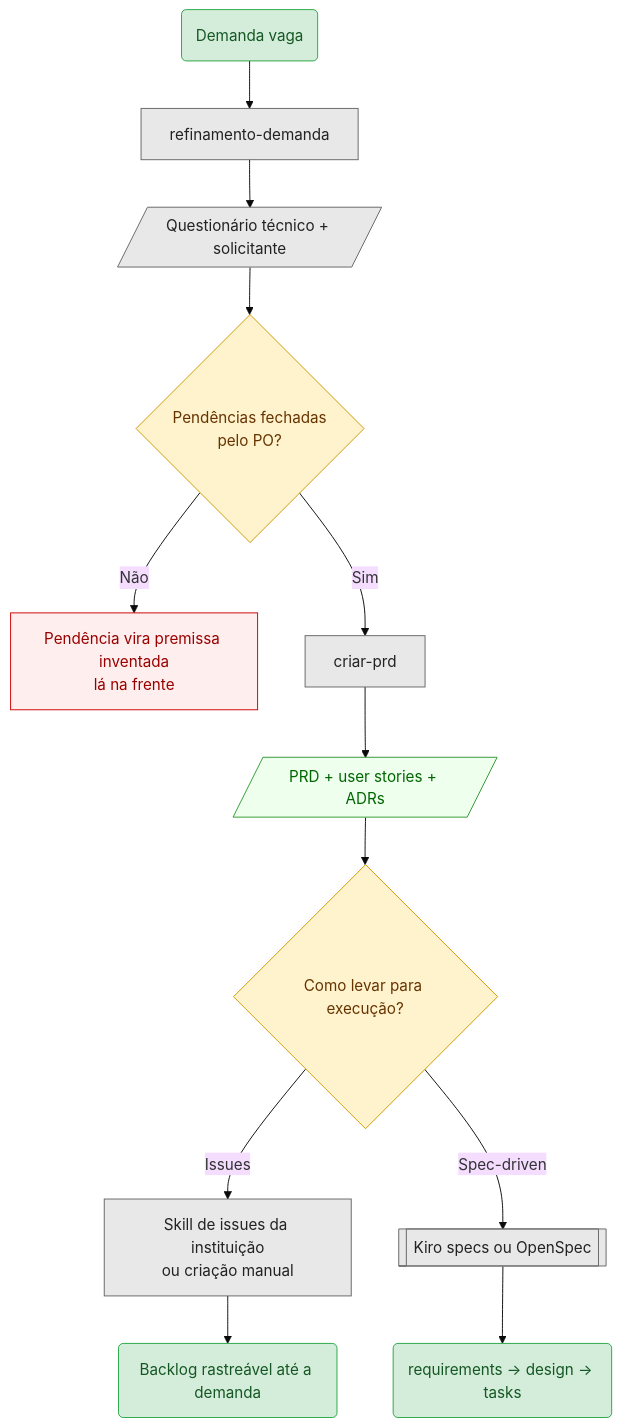
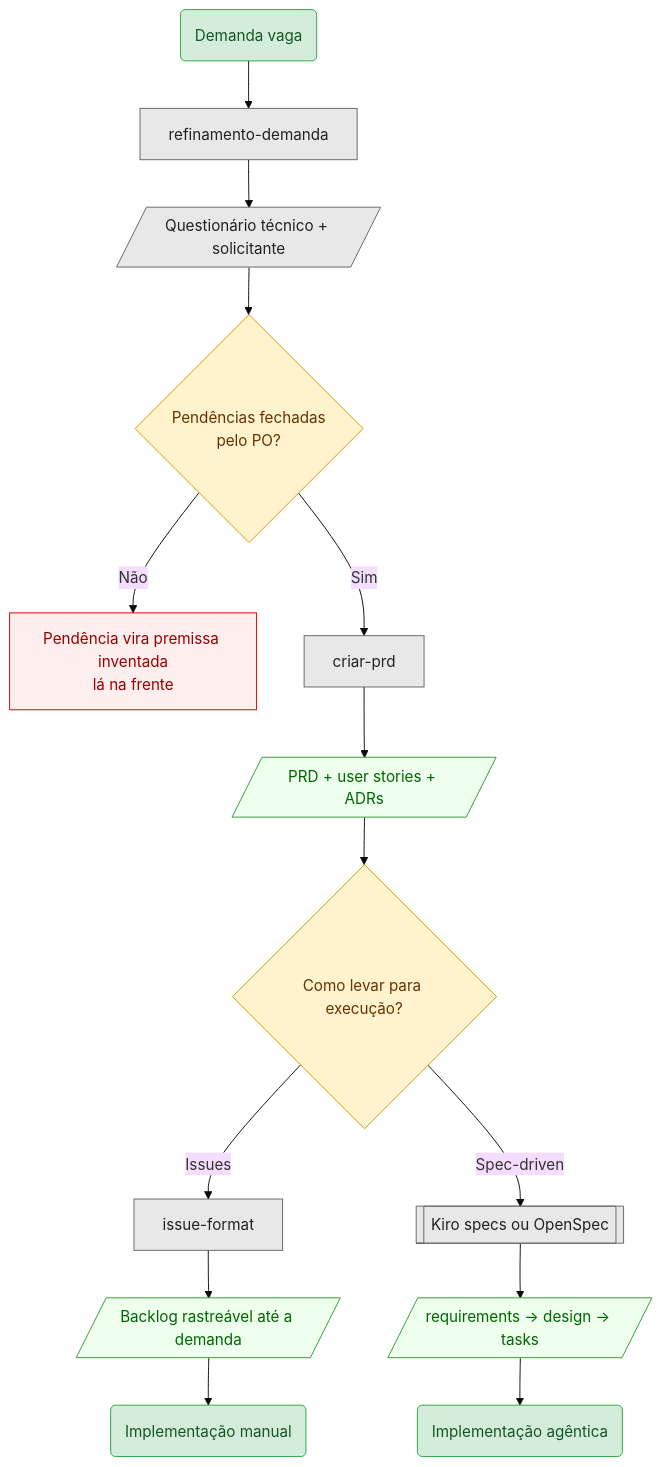
One commit to estrazulas/skills changed the diagram in skills/requisitos/refinamento-demanda/README.md. Above: the diagram before and after it, drawn with Mermaid. The commit also changed other lines of this file and 6 other files, not shown here.

First line of the commit message:
feat: adiciona issue-format e navigation-paths, fechando a cadeia ate a issue

````diff
--- a/skills/requisitos/refinamento-demanda/README.md
+++ b/skills/requisitos/refinamento-demanda/README.md
@@ -229,27 +229,29 @@
 ```mermaid
 %%{init: {'theme': 'base'}}%%
 graph TD
   A(Demanda vaga) --> B[refinamento-demanda]
   B --> C[/Questionário técnico + solicitante/]
   C --> D{Pendências fechadas<br/>pelo PO?}
   D -->|Não| E[Pendência vira premissa inventada<br/>lá na frente]
   D -->|Sim| F[criar-prd]
   F --> G[/PRD + user stories + ADRs/]
   G --> H{Como levar para execução?}
-  H -->|Issues| I[Skill de issues da instituição<br/>ou criação manual]
+  H -->|Issues| I[issue-format]
   H -->|Spec-driven| J[[Kiro specs ou OpenSpec]]
-  I --> K(Backlog rastreável até a demanda)
-  J --> L(requirements → design → tasks)
+  I --> K[/Backlog rastreável até a demanda/]
+  J --> L[/requirements → design → tasks/]
+  K --> M(Implementação manual)
+  L --> N(Implementação agêntica)
 
   classDef error fill:#fee,color:#900,stroke:#c00
   classDef success fill:#efe,color:#060,stroke:#393
   classDef decision fill:#fff3cd,color:#630,stroke:#c90
   classDef action fill:#e8e8e8,color:#222,stroke:#666
   classDef startend fill:#d4edda,color:#155724,stroke:#28a745
 
   class E error
-  class G success
+  class G,K,L success
   class D,H decision
   class B,C,F,I,J action
-  class A,K,L startend
+  class A,M,N startend
 ```
````
